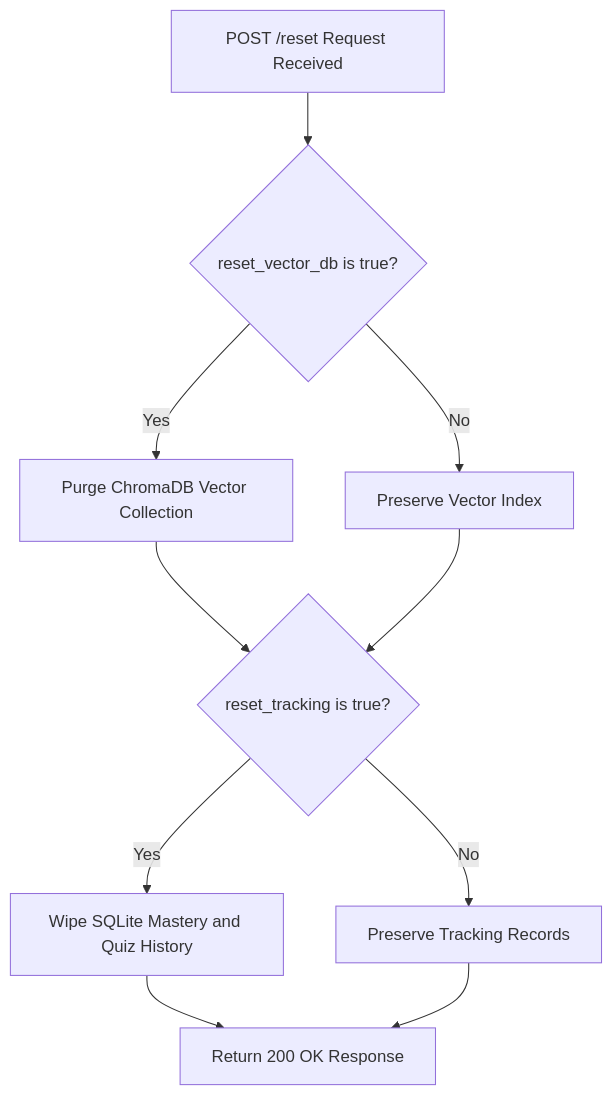
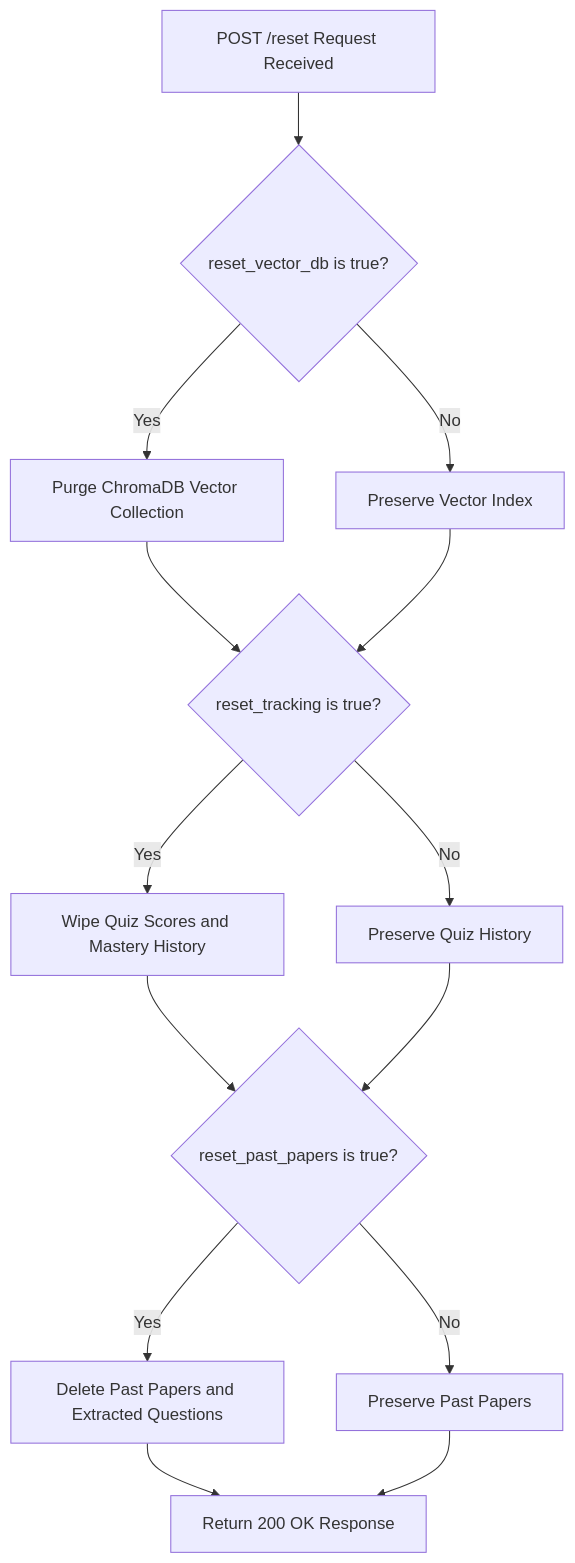
Before and after one commit to dev-Aarish/gist: the second of 3 diagrams in docs/how-to-guides.md, drawn with Mermaid. The commit also changed other lines of this file and 6 other files, not shown here.

````diff
--- a/docs/how-to-guides.md
+++ b/docs/how-to-guides.md
@@ -55,12 +131,21 @@
 ```mermaid
 graph TD
     ResetReq["POST /reset Request Received"] --> CheckVector{"reset_vector_db is true?"}
     CheckVector -- "Yes" --> ClearChroma["Purge ChromaDB Vector Collection"]
     CheckVector -- "No" --> KeepVector["Preserve Vector Index"]
+    
     ClearChroma --> CheckTracking{"reset_tracking is true?"}
     KeepVector --> CheckTracking
-    CheckTracking -- "Yes" --> WipeSQLite["Wipe SQLite Mastery and Quiz History"]
-    CheckTracking -- "No" --> KeepSQLite["Preserve Tracking Records"]
-    WipeSQLite --> Success["Return 200 OK Response"]
-    KeepSQLite --> Success
+    
+    CheckTracking -- "Yes" --> WipeSQLite["Wipe Quiz Scores and Mastery History"]
+    CheckTracking -- "No" --> KeepSQLite["Preserve Quiz History"]
+    
+    WipeSQLite --> CheckPapers{"reset_past_papers is true?"}
+    KeepSQLite --> CheckPapers
+    
+    CheckPapers -- "Yes" --> WipePapers["Delete Past Papers and Extracted Questions"]
+    CheckPapers -- "No" --> KeepPapers["Preserve Past Papers"]
+    
+    WipePapers --> Success["Return 200 OK Response"]
+    KeepPapers --> Success
 ```
````
